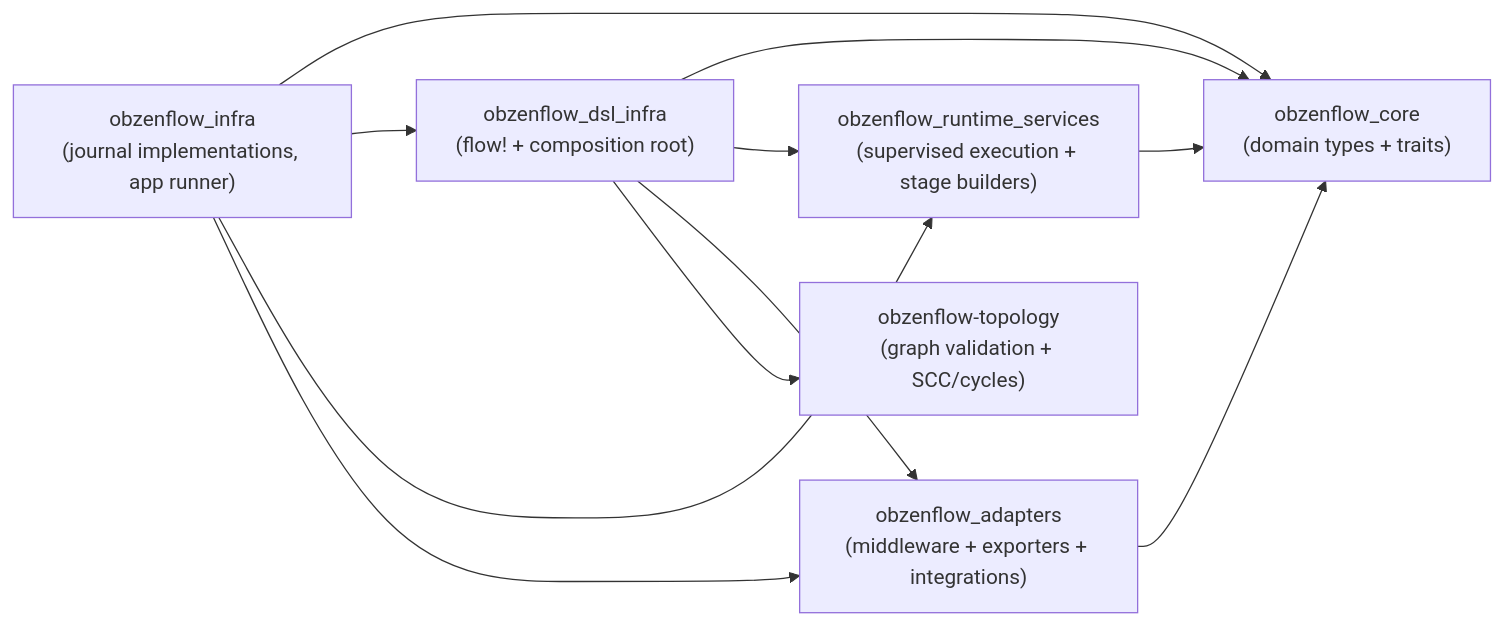
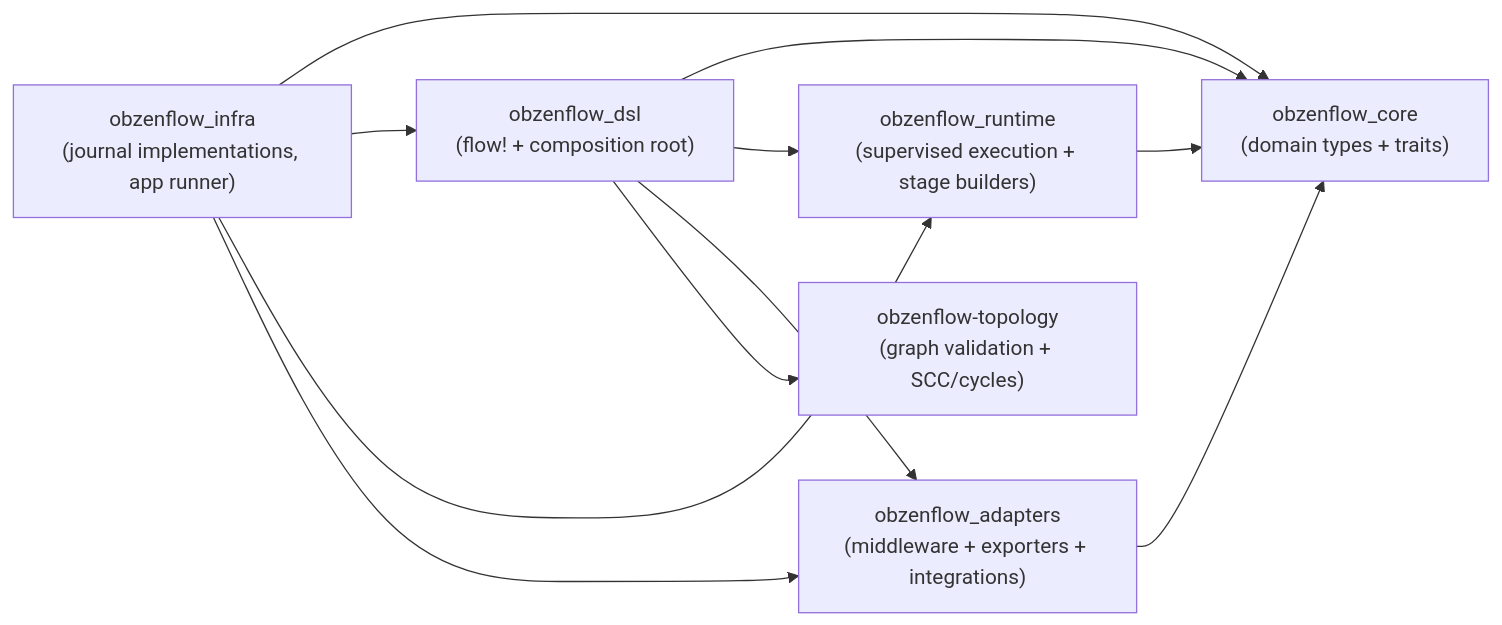
One commit to ObzenFlow/obzenflow changed the first of 2 diagrams in crates/obzenflow_dsl/src/dsl/README.md. Above: the diagram before and after it, drawn with Mermaid. The commit also changed other lines of this file and 78 other files, not shown here.

Commit message:
FLOWIP-105d: Rustdoc cleanup and README refinement for docs.rs

````diff
--- a/crates/obzenflow_dsl/src/dsl/README.md
+++ b/crates/obzenflow_dsl/src/dsl/README.md
@@ -7,22 +7,22 @@
 ```mermaid
 flowchart LR
   Core["obzenflow_core<br/>(domain types + traits)"]
-  Runtime["obzenflow_runtime_services<br/>(supervised execution + stage builders)"]
+  Runtime["obzenflow_runtime<br/>(supervised execution + stage builders)"]
   Adapters["obzenflow_adapters<br/>(middleware + exporters + integrations)"]
-  DSL["obzenflow_dsl_infra<br/>(flow! + composition root)"]
+  DSL["obzenflow_dsl<br/>(flow! + composition root)"]
   Infra["obzenflow_infra<br/>(journal implementations, app runner)"]
   Topology["obzenflow-topology<br/>(graph validation + SCC/cycles)"]
 
   Runtime --> Core
   Adapters --> Core
   Infra --> Core
   DSL --> Core
 
   DSL --> Runtime
   DSL --> Adapters
   DSL --> Topology
 
   Infra --> DSL
   Infra --> Runtime
   Infra --> Adapters
 ```
````
